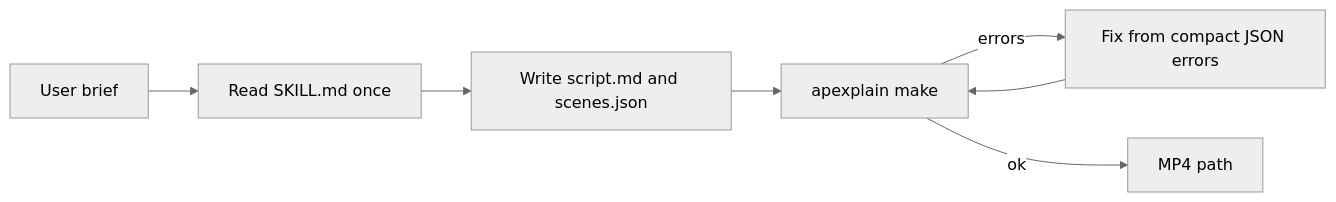
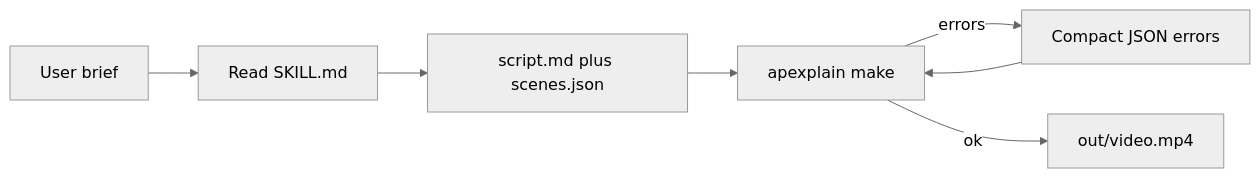
The first of 2 diagrams in docs/apexplain-token-mvp.md (roxelfivan/Apexplain), drawn with Mermaid (neutral theme) before and after one commit. The commit also changed other lines of this file, not shown here.

First line of the commit message:
Replace MVP plan with six-phase implementation sequence

````diff
--- a/docs/apexplain-token-mvp.md
+++ b/docs/apexplain-token-mvp.md
@@ -115,12 +20,12 @@
 ```mermaid
 flowchart LR
   brief[User brief]
-  skill[Read SKILL.md once]
-  files[Write script.md and scenes.json]
+  skill[Read SKILL.md]
+  files[script.md plus scenes.json]
   makeCmd[apexplain make]
-  fix[Fix from compact JSON errors]
-  done[MP4 path]
+  fix[Compact JSON errors]
+  done[out/video.mp4]
   brief --> skill --> files --> makeCmd
   makeCmd -->|errors| fix --> makeCmd
   makeCmd -->|ok| done
 ```
````
